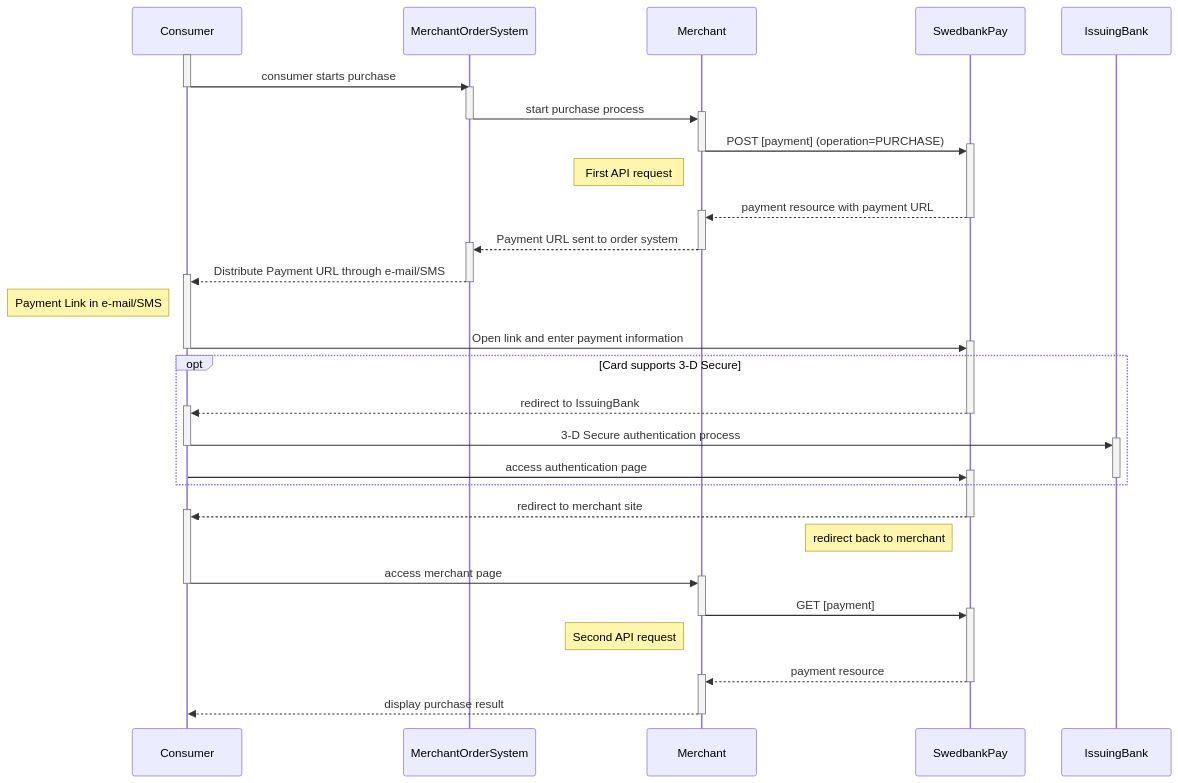
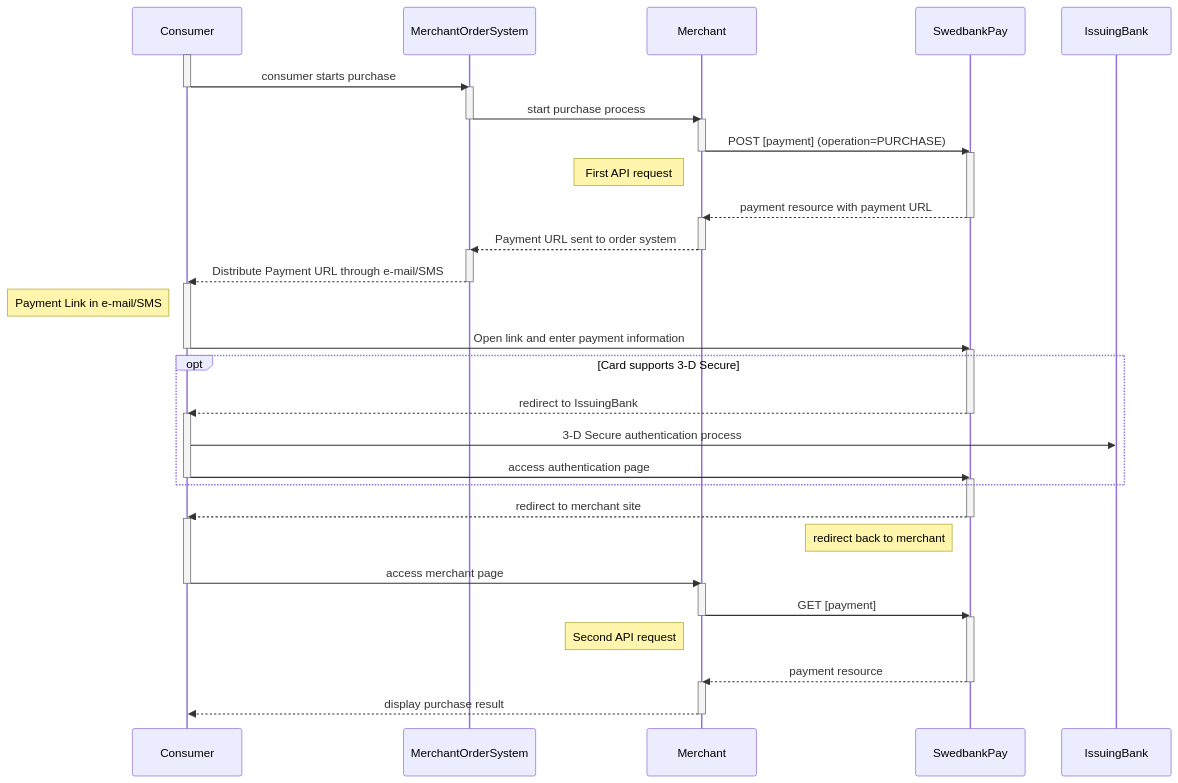
Before and after one commit to SwedbankPay/developer.swedbankpay.com: the first of 4 diagrams in _includes/payment-link.md, drawn with Mermaid. The commit also changed other lines of this file and 2 other files, not shown here.

Commit message:
DX-415 moved redirect content from index to redirect section and fix diagrams in payment-link.md

````diff
--- a/_includes/payment-link.md
+++ b/_includes/payment-link.md
@@ -144,44 +143,41 @@
 ```mermaid
 sequenceDiagram
 activate Consumer
 Consumer->>-MerchantOrderSystem: consumer starts purchase
 activate MerchantOrderSystem
-MerchantOrderSystem->>+Merchant: start purchase process
-deactivate MerchantOrderSystem
-Merchant->>+SwedbankPay: POST [payment] (operation=PURCHASE)
-deactivate Merchant
+MerchantOrderSystem->>-Merchant: start purchase process
+activate Merchant
+Merchant->>-SwedbankPay: POST [payment] (operation=PURCHASE)
+activate SwedbankPay
 note left of Merchant: First API request
-SwedbankPay-->>+Merchant: payment resource with payment URL
-deactivate SwedbankPay
-Merchant-->>+MerchantOrderSystem: Payment URL sent to order system
-deactivate Merchant
-MerchantOrderSystem-->>+Consumer: Distribute Payment URL through e-mail/SMS
-deactivate MerchantOrderSystem
-
+SwedbankPay-->>-Merchant: payment resource with payment URL
+activate Merchant
+Merchant-->>-MerchantOrderSystem: Payment URL sent to order system
+activate MerchantOrderSystem
+MerchantOrderSystem-->>-Consumer: Distribute Payment URL through e-mail/SMS
+activate Consumer
 note left of Consumer: Payment Link in e-mail/SMS
-Consumer->>+SwedbankPay: Open link and enter payment information
-deactivate Consumer
+Consumer->>-SwedbankPay: Open link and enter payment information
+activate SwedbankPay
 
 opt Card supports 3-D Secure
-SwedbankPay-->>+Consumer: redirect to IssuingBank
-deactivate SwedbankPay
-Consumer->>+IssuingBank: 3-D Secure authentication process
-deactivate Consumer
-Consumer->>+SwedbankPay: access authentication page
-deactivate IssuingBank
+SwedbankPay-->>-Consumer: redirect to IssuingBank
+activate Consumer
+Consumer->>IssuingBank: 3-D Secure authentication process
+Consumer->>-SwedbankPay: access authentication page
+activate SwedbankPay
 end
 
-SwedbankPay-->>+Consumer: redirect to merchant site
-deactivate SwedbankPay
+SwedbankPay-->>-Consumer: redirect to merchant site
+activate Consumer
 note left of SwedbankPay: redirect back to merchant
 
-Consumer->>+Merchant: access merchant page
-deactivate Consumer
-Merchant->>+SwedbankPay: GET [payment]
-deactivate Merchant
+Consumer->>-Merchant: access merchant page
+activate Merchant
+Merchant->>-SwedbankPay: GET [payment]
+activate SwedbankPay
 note left of Merchant: Second API request
-SwedbankPay-->>+Merchant: payment resource
-deactivate SwedbankPay
-Merchant-->>Consumer: display purchase result
-deactivate Merchant
+SwedbankPay-->>-Merchant: payment resource
+activate Merchant
+Merchant-->>-Consumer: display purchase result
 ```
````
